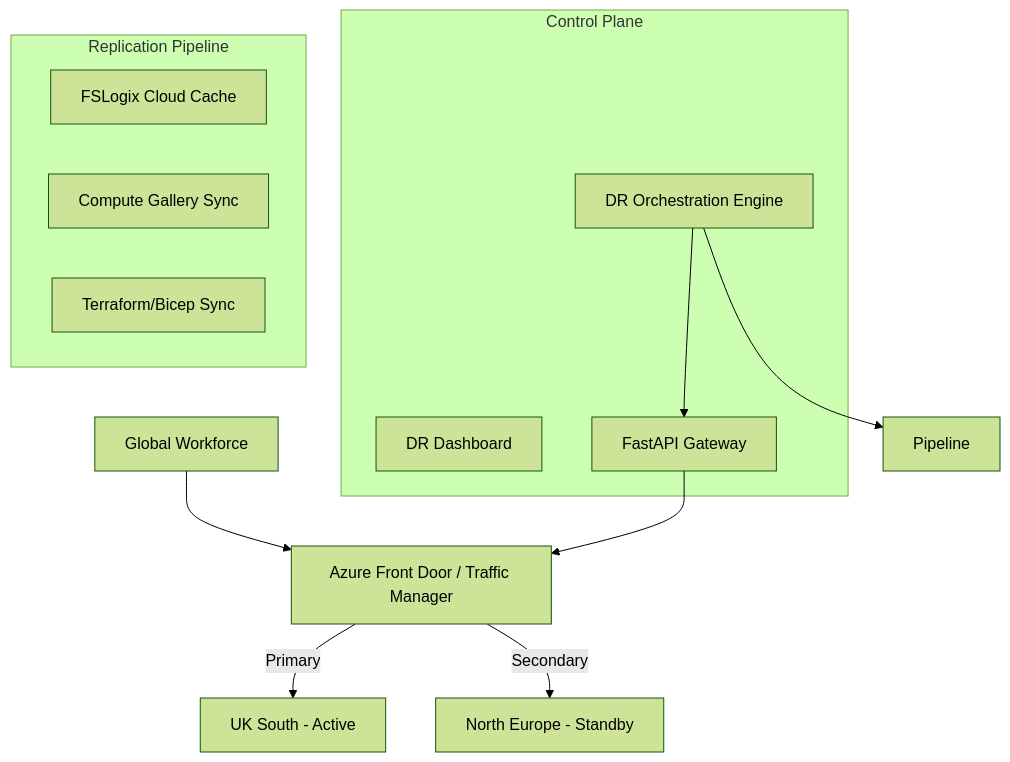
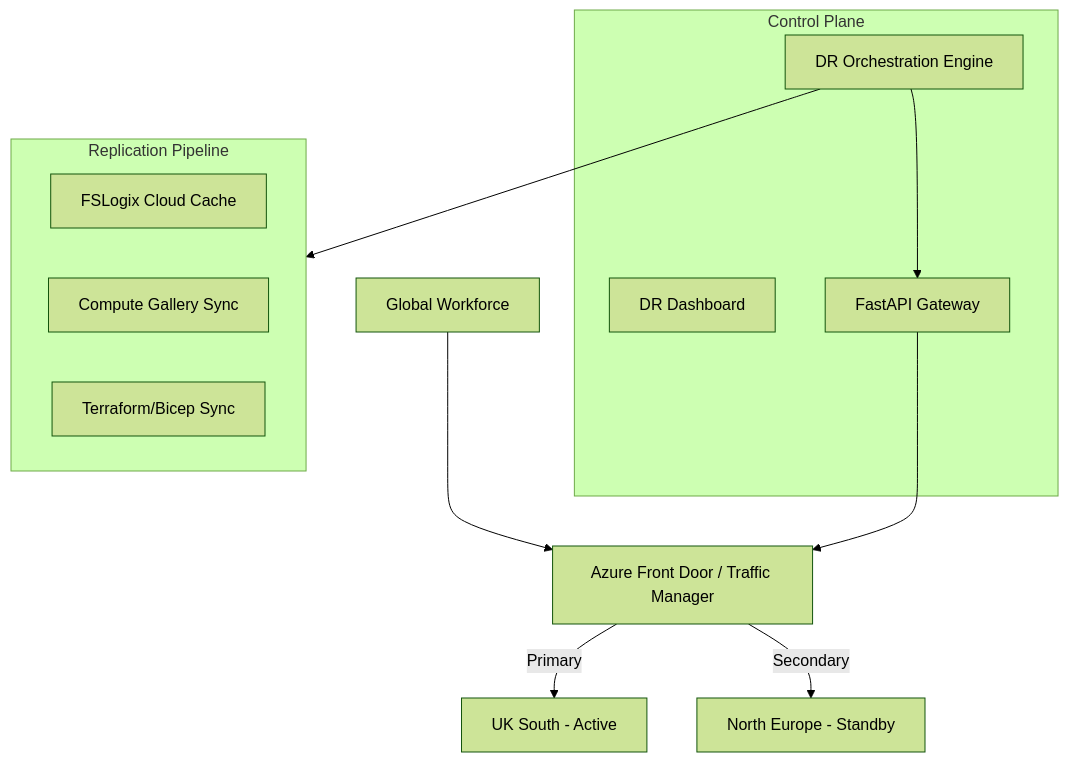
One commit to Devopstrio/avd-dr-multi-region changed the first of 20 diagrams in README.md. Above: the diagram before and after it, drawn with Mermaid (forest theme). The commit also changed other lines of this file, not shown here.

Commit message:
docs: fix Mermaid diagram syntax and upgrade to flowchart for better rendering

````diff
--- a/README.md
+++ b/README.md
@@ -35,22 +35,22 @@
 ```mermaid
-graph TD
-    User[Global Workforce] --> Traffic[Azure Front Door / Traffic Manager]
-    Traffic -->|Primary| Region1[UK South - Active]
-    Traffic -->|Secondary| Region2[North Europe - Standby]
+flowchart TD
+    User["Global Workforce"] --> Traffic["Azure Front Door / Traffic Manager"]
+    Traffic["Azure Front Door / Traffic Manager"] -->|Primary| Region1["UK South - Active"]
+    Traffic["Azure Front Door / Traffic Manager"] -->|Secondary| Region2["North Europe - Standby"]
     
-    subgraph "Control Plane"
-        Portal[DR Dashboard]
-        API[FastAPI Gateway]
-        Engine[DR Orchestration Engine]
+    subgraph ControlPlane["Control Plane"]
+        Portal["DR Dashboard"]
+        API["FastAPI Gateway"]
+        Engine["DR Orchestration Engine"]
     end
     
-    subgraph "Replication Pipeline"
-        Profile[FSLogix Cloud Cache]
-        Image[Compute Gallery Sync]
-        Config[Terraform/Bicep Sync]
+    subgraph ReplicationPipeline["Replication Pipeline"]
+        Profile["FSLogix Cloud Cache"]
+        Image["Compute Gallery Sync"]
+        Config["Terraform/Bicep Sync"]
     end
     
     Engine --> API
     API --> Traffic
-    Engine --> Pipeline
+    Engine --> ReplicationPipeline
 ```
````
